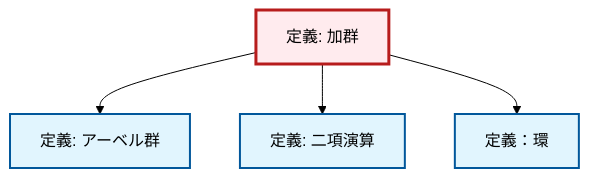
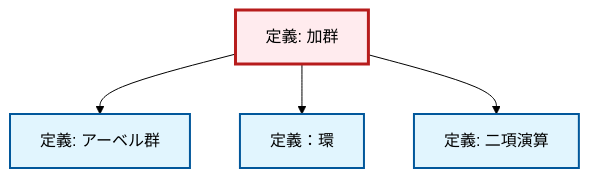
The diagram in content/ja/algebra/def-module.qmd (RK0429/ModernMath), drawn with Mermaid (forest theme) before and after one commit. The commit also changed other lines of this file and 1012 other files, not shown here.

````diff
--- a/content/ja/algebra/def-module.qmd
+++ b/content/ja/algebra/def-module.qmd
@@ -56,20 +56,20 @@
 ```{mermaid}
 %%| fig-cap: "Local dependency graph"
 graph TD
     classDef definition fill:#e1f5fe,stroke:#01579b,stroke-width:2px
     classDef theorem fill:#f3e5f5,stroke:#4a148c,stroke-width:2px
     classDef axiom fill:#fff3e0,stroke:#e65100,stroke-width:2px
     classDef example fill:#e8f5e9,stroke:#1b5e20,stroke-width:2px
     classDef current fill:#ffebee,stroke:#b71c1c,stroke-width:3px
+    def-abelian-group["定義: アーベル群"]:::definition
+    def-binary-operation["定義: 二項演算"]:::definition
     def-module["定義: 加群"]:::definition
     def-ring["定義：環"]:::definition
-    def-binary-operation["定義: 二項演算"]:::definition
-    def-abelian-group["定義: アーベル群"]:::definition
     def-module --> def-abelian-group
+    def-module --> def-ring
     def-module --> def-binary-operation
-    def-module --> def-ring
     class def-module current
+    click def-abelian-group "def-abelian-group.html" "アーベル群の定義へ"
+    click def-binary-operation "def-binary-operation.html" "二項演算の定義へ"
     click def-ring "def-ring.html" "定義：環へ"
-    click def-binary-operation "def-binary-operation.html" "二項演算の定義へ"
-    click def-abelian-group "def-abelian-group.html" "アーベル群の定義へ"
 ```
````
